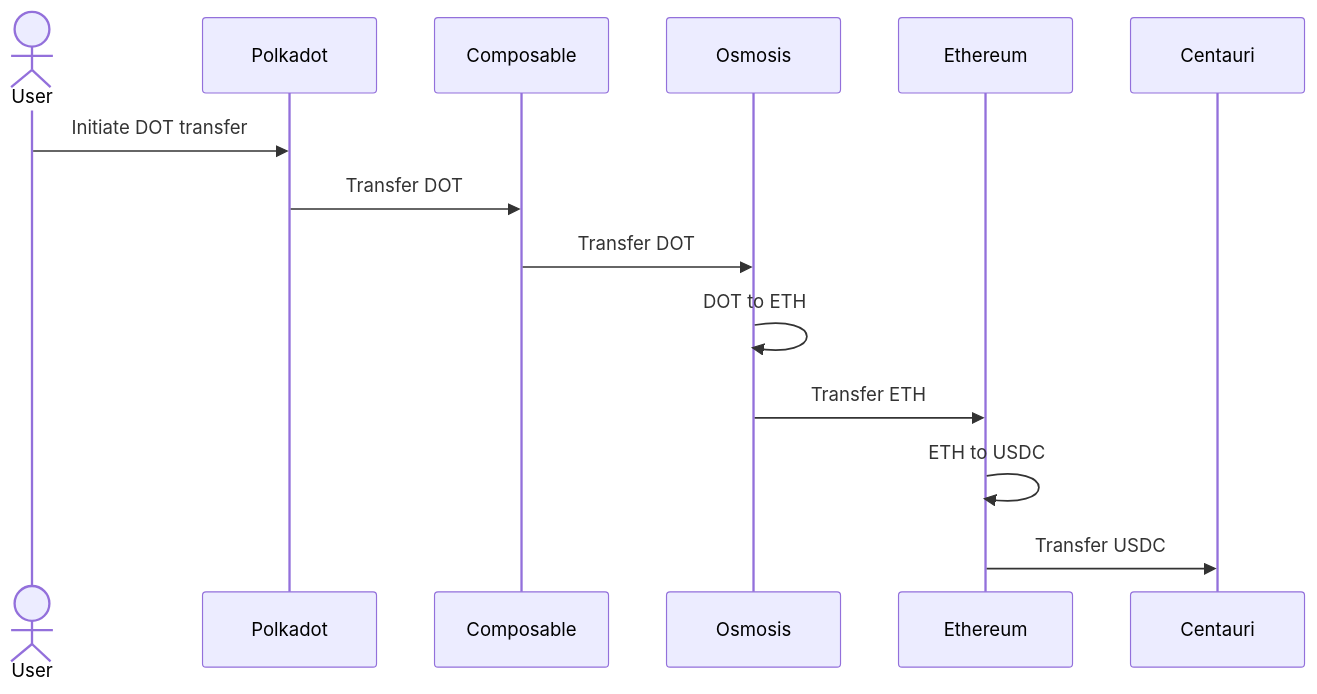
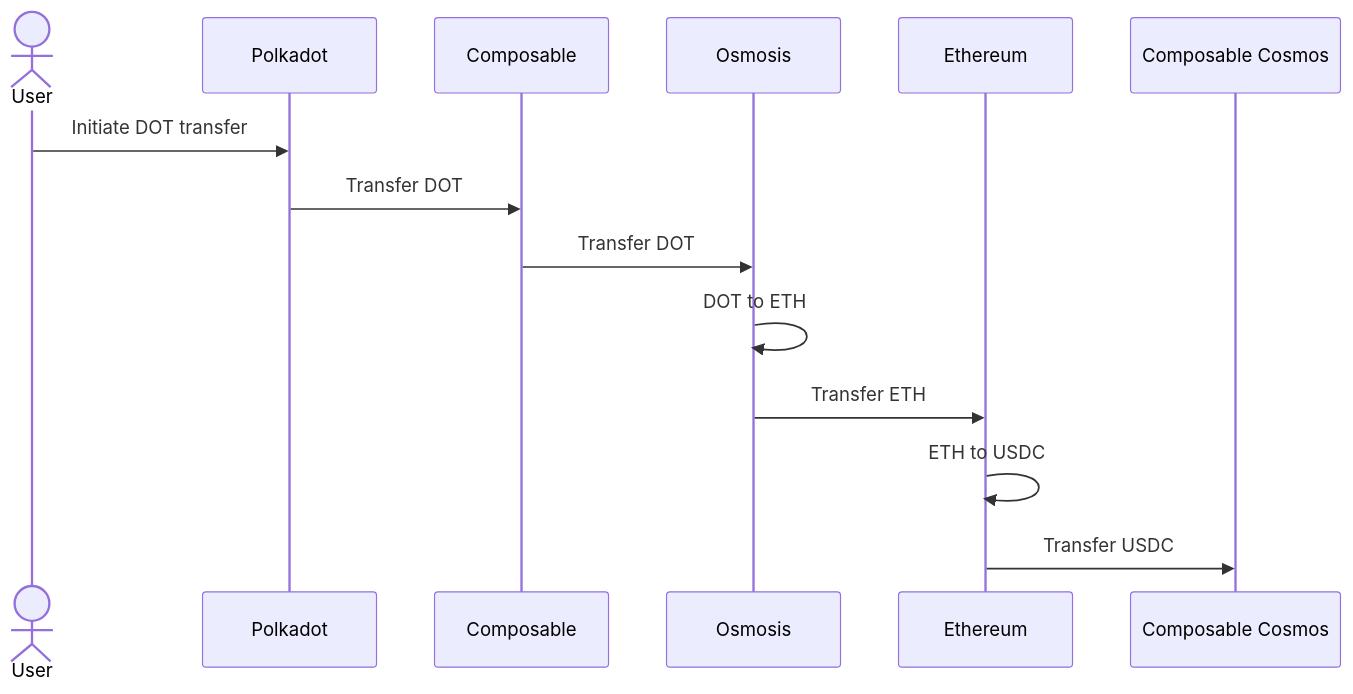
The first of 5 diagrams in docs/docs/technology/cvm/specification.md (ComposableFi/composable), drawn with Mermaid before and after one commit. The commit also changed other lines of this file and 3 other files, not shown here.

````diff
--- a/docs/docs/technology/cvm/specification.md
+++ b/docs/docs/technology/cvm/specification.md
@@ -11,11 +11,11 @@
 ```mermaid
 sequenceDiagram
     actor User
     User ->> Polkadot : Initiate DOT transfer
     Polkadot ->> Composable : Transfer DOT
     Composable ->> Osmosis : Transfer DOT
     Osmosis ->> Osmosis : DOT to ETH
     Osmosis ->> Ethereum : Transfer ETH
     Ethereum ->> Ethereum: ETH to USDC
-    Ethereum ->> Centauri : Transfer USDC
+    Ethereum ->> Composable Cosmos : Transfer USDC
 ```
````
